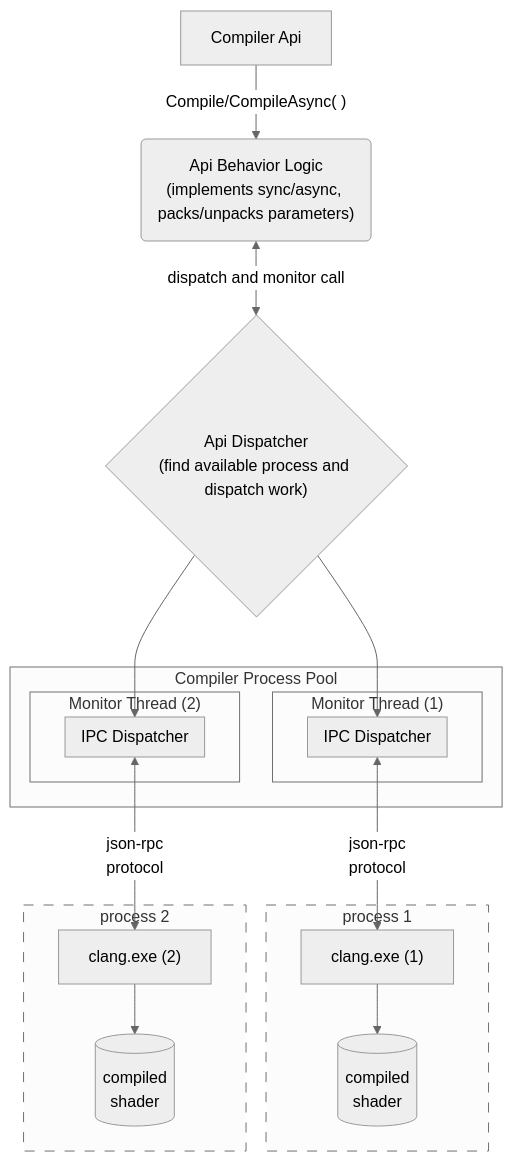
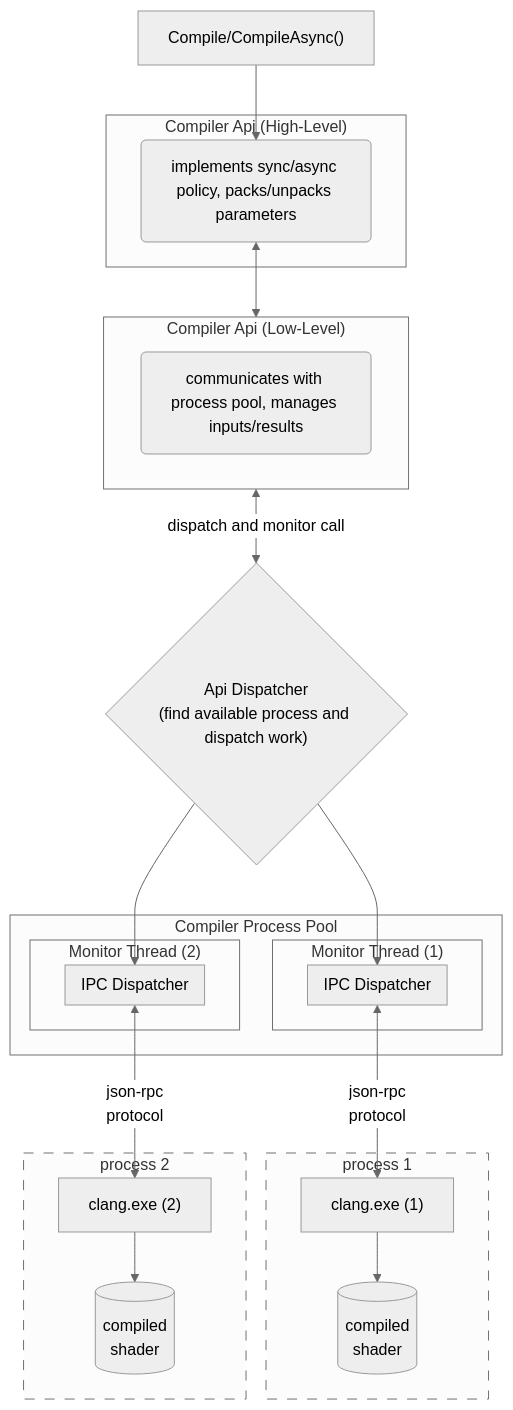
Before and after one commit to llvm/wg-hlsl: the first of 2 diagrams in proposals/NNNN-outofproc-compiler-api-architecture.md, drawn with Mermaid (neutral theme). The commit also changed other lines of this file, not shown here.

````diff
--- a/proposals/NNNN-outofproc-compiler-api-architecture.md
+++ b/proposals/NNNN-outofproc-compiler-api-architecture.md
@@ -76,38 +86,42 @@
 ```mermaid
 flowchart TD
     subgraph CompilerProcessPool["Compiler Process Pool"]
       subgraph MonitorThread1["Monitor Thread (1)"]
         subgraph JsonRPC ["IPC Dispatcher"]
         end
       end
       subgraph MonitorThread2["Monitor Thread (2)"]
         subgraph JsonRPC2 ["IPC Dispatcher"]
         end
       end
     end
 
     subgraph Process1["process 1"]
         ClangProcess1["clang.exe (1)"]
         db[("compiled<br/>shader")]
     end
 
     subgraph Process2["process 2"]
         ClangProcess2["clang.exe (2)"]
         db2[("compiled<br/>shader")]
     end
 
+    subgraph HighLevelCApi["Compiler Api (High-Level)"]
+        HighLevelApiBehaviorLogic("implements sync/async policy, packs/unpacks parameters")
+    end
+
+    subgraph LowLevelCApi["Compiler Api (Low-Level)"]
+        LowLevelApi("communicates with process pool, manages inputs/results")
+    end
 
     style Process1 stroke-dasharray:10,10
     style Process2 stroke-dasharray:10,10
-
-    ApiBehaviorLogic("Api Behavior Logic<br/>(implements sync/async, packs/unpacks parameters)")
+  
     ApiCallDispatcher{"Api Dispatcher<br/>(find available process and dispatch work)"}
 
-    CompilerApi[Compiler Api] -->|"Compile/CompileAsync( )"| ApiBehaviorLogic
-
-    ApiBehaviorLogic <--> |"dispatch and monitor call"| ApiCallDispatcher
+    Api["Compile/CompileAsync()"] --> HighLevelApiBehaviorLogic <--> LowLevelCApi <--> |"dispatch and monitor call"| ApiCallDispatcher
 
     ApiCallDispatcher -->JsonRPC<--> | json-rpc<br/>protocol | ClangProcess1 --> db
 
     ApiCallDispatcher --> JsonRPC2<-->| json-rpc<br/>protocol | ClangProcess2 --> db2
 ```
````
